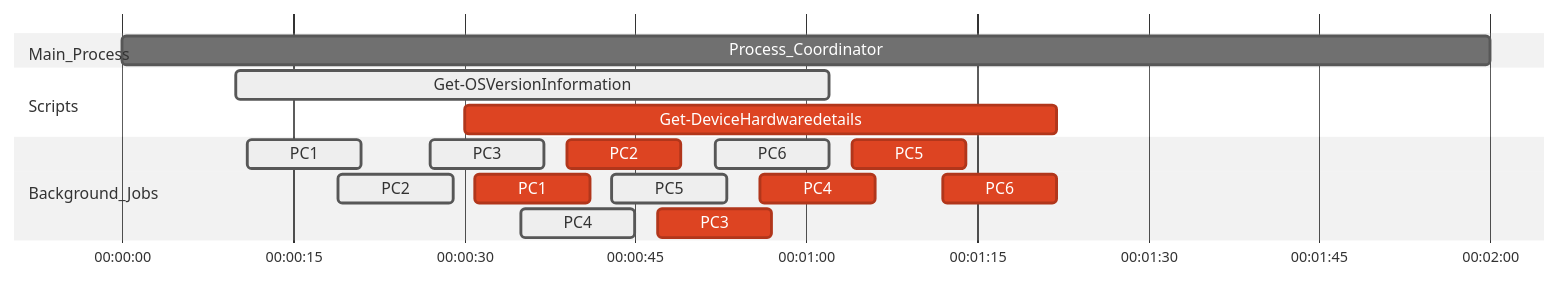
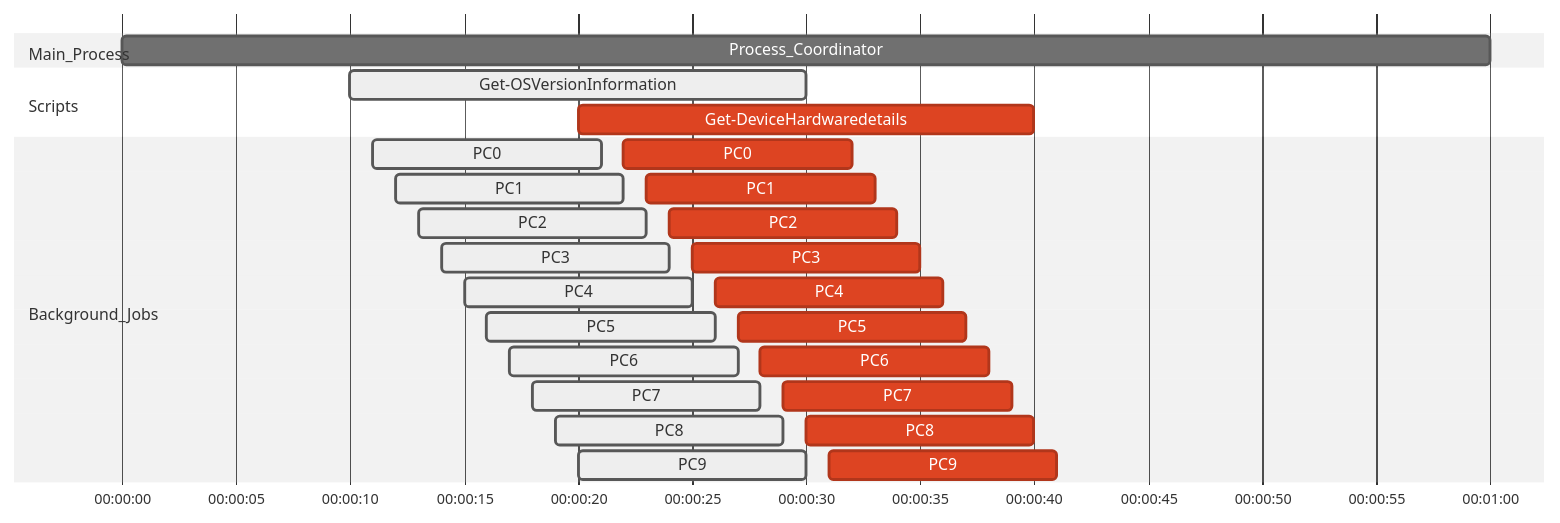
Before and after one commit to StanislawHornaGitHub/MonitorWindowsDomainDevices: the second of 2 diagrams in README.md, drawn with Mermaid (neutral theme).

````diff
--- a/README.md
+++ b/README.md
@@ -37,26 +37,34 @@
 ```mermaid
 ---
 displayMode: compact
 ---
     gantt
         dateFormat HH:mm:ss
         axisFormat %H:%M:%S
         section Main_Process
-            Process_Coordinator        :des1, 00:00:00, 2m
+            Process_Coordinator        :des1, 00:00:00, 1m
         section Scripts
-            Get-OSVersionInformation   :active, des1, 00:00:10, 52s
-            Get-DeviceHardwaredetails   :crit, des1, 00:00:30, 52s
+            Get-OSVersionInformation   :active, des1, 00:00:10, 20s
+            Get-DeviceHardwaredetails   :crit, des1, 00:00:20, 20s
         section Background_Jobs
-            PC1 :active,   des1, 00:00:11, 10s
-            PC2 :active,   des1, 00:00:19, 10s
-            PC3 :active,   des1, 00:00:27, 10s
-            PC4 :active,   des1, 00:00:35, 10s
-            PC5 :active,   des1, 00:00:43, 10s
-            PC6 :active,   des1, 00:00:52, 10s
-            PC1 :crit,   des1, 00:00:31, 10s
-            PC2 :crit,   des1, 00:00:39, 10s
-            PC3 :crit,   des1, 00:00:47, 10s
-            PC4 :crit,   des1, 00:00:56, 10s
-            PC5 :crit,   des1, 00:01:04, 10s
-            PC6 :crit,   des1, 00:01:12, 10s
+            PC0 :active,   des1, 00:00:11, 10s
+            PC1 :active,   des1, 00:00:12, 10s
+            PC2 :active,   des1, 00:00:13, 10s
+            PC3 :active,   des1, 00:00:14, 10s
+            PC4 :active,   des1, 00:00:15, 10s
+            PC5 :active,   des1, 00:00:16, 10s
+            PC6 :active,   des1, 00:00:17, 10s
+            PC7 :active,   des1, 00:00:18, 10s
+            PC8 :active,   des1, 00:00:19, 10s
+            PC9 :active,   des1, 00:00:20, 10s
+            PC0 :crit,   des1, 00:00:22, 10s
+            PC1 :crit,   des1, 00:00:23, 10s
+            PC2 :crit,   des1, 00:00:24, 10s
+            PC3 :crit,   des1, 00:00:25, 10s
+            PC4 :crit,   des1, 00:00:26, 10s
+            PC5 :crit,   des1, 00:00:27, 10s
+            PC6 :crit,   des1, 00:00:28, 10s
+            PC7 :crit,   des1, 00:00:29, 10s
+            PC8 :crit,   des1, 00:00:30, 10s
+            PC9 :crit,   des1, 00:00:31, 10s
 ```
````
